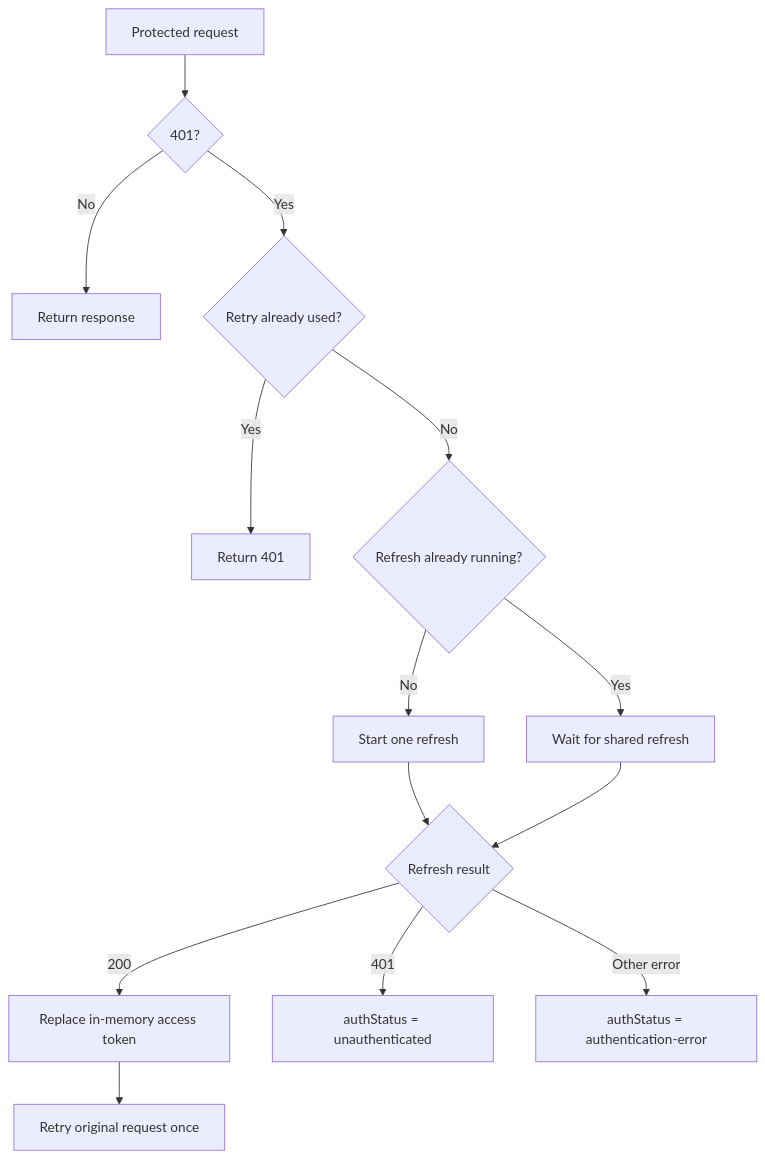
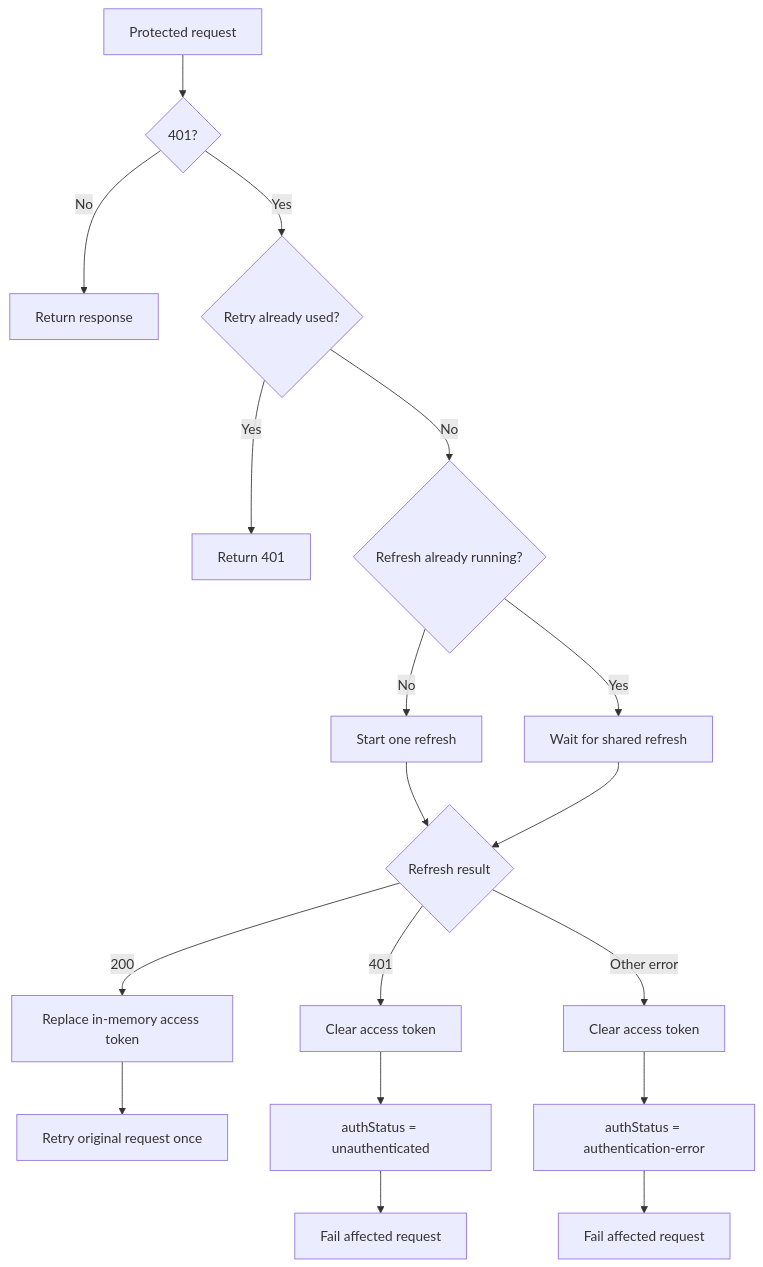
The third of 4 diagrams in docs/design/frontend/login.md (0n6k4v-Coder/digital-publication-book-library), drawn with Mermaid before and after one commit. The commit also changed other lines of this file, not shown here.

First line of the commit message:
docs(auth): define frontend login authentication contract

````diff
--- a/docs/design/frontend/login.md
+++ b/docs/design/frontend/login.md
@@ -180,16 +242,23 @@
 ```mermaid
 flowchart TD
     A["Protected request"] --> B{401?}
     B -->|No| C["Return response"]
     B -->|Yes| D{"Retry already used?"}
     D -->|Yes| E["Return 401"]
     D -->|No| F{"Refresh already running?"}
     F -->|Yes| G["Wait for shared refresh"]
     F -->|No| H["Start one refresh"]
     H --> I{Refresh result}
     G --> I
+
     I -->|200| J["Replace in-memory access token"]
     J --> K["Retry original request once"]
-    I -->|401| L["authStatus = unauthenticated"]
-    I -->|Other error| M["authStatus = authentication-error"]
+
+    I -->|401| L["Clear access token"]
+    L --> M["authStatus = unauthenticated"]
+    M --> N["Fail affected request"]
+
+    I -->|Other error| O["Clear access token"]
+    O --> P["authStatus = authentication-error"]
+    P --> Q["Fail affected request"]
 ```
````
